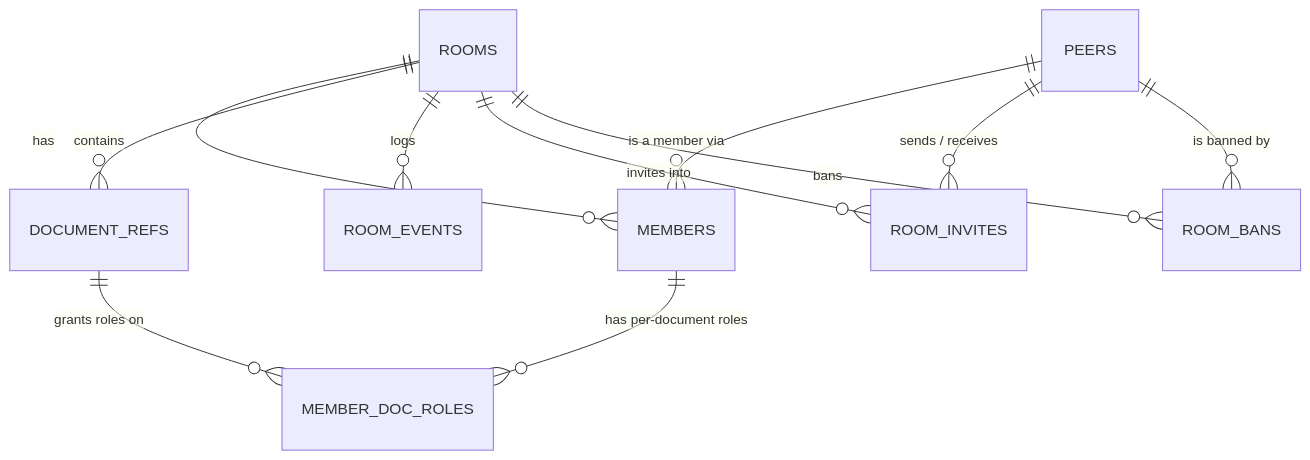
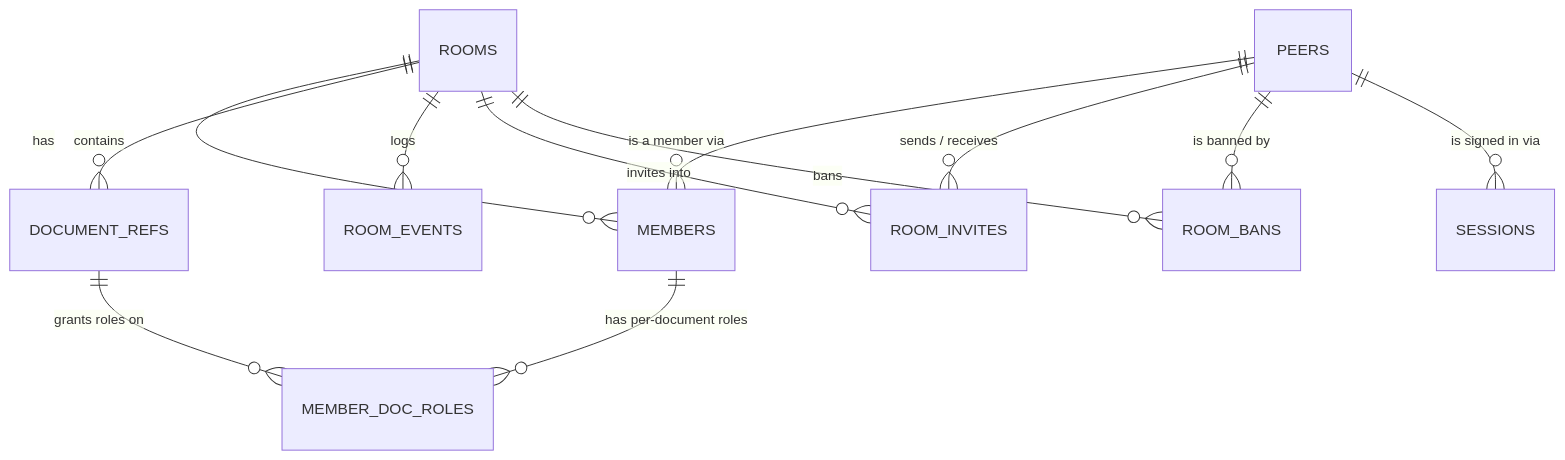
Before and after one commit to dhanvin018/client-directory: the diagram in docs/data-model.md, drawn with Mermaid. The commit also changed other lines of this file and 40 other files, not shown here.

````diff
--- a/docs/data-model.md
+++ b/docs/data-model.md
@@ -5,13 +5,14 @@
 ```mermaid
 erDiagram
     PEERS ||--o{ MEMBERS : "is a member via"
     ROOMS ||--o{ MEMBERS : has
     ROOMS ||--o{ DOCUMENT_REFS : contains
     MEMBERS ||--o{ MEMBER_DOC_ROLES : "has per-document roles"
     DOCUMENT_REFS ||--o{ MEMBER_DOC_ROLES : "grants roles on"
     ROOMS ||--o{ ROOM_EVENTS : logs
     ROOMS ||--o{ ROOM_INVITES : "invites into"
     PEERS ||--o{ ROOM_INVITES : "sends / receives"
     ROOMS ||--o{ ROOM_BANS : bans
     PEERS ||--o{ ROOM_BANS : "is banned by"
+    PEERS ||--o{ SESSIONS : "is signed in via"
 ```
````
